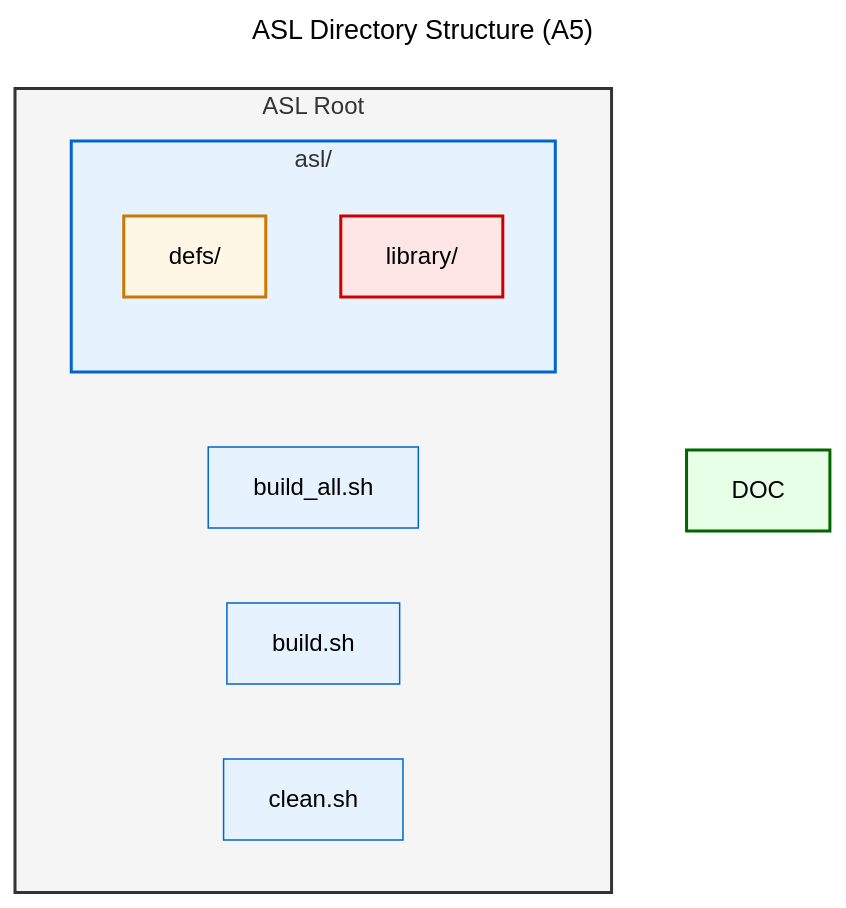
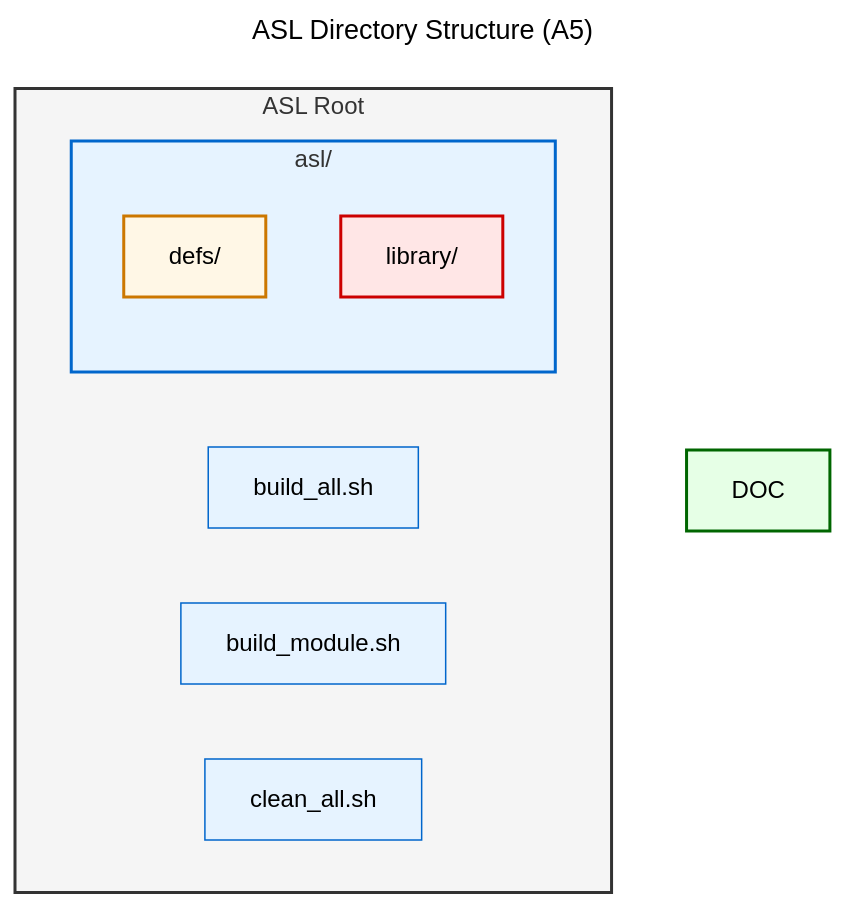
Before and after one commit to ABD-01/quantum-harmony: the first of 3 diagrams in architecture/development_view.md, drawn with Mermaid. The commit also changed other lines of this file and 67 other files, not shown here.

````diff
--- a/architecture/development_view.md
+++ b/architecture/development_view.md
@@ -24,30 +24,30 @@
 ```mermaid
 ---
 title: ASL Directory Structure (A5)
 config:
   theme: base
   themeVariables:
     background: "#ffffff"
     primaryColor: "#e6f3ff"
     primaryTextColor: "#000000"
     primaryBorderColor: "#0066cc"
     lineColor: "#000000"
     secondaryColor: "#f0f0f0"
     tertiaryColor: "#cccccc"
 ---
 graph TD
     subgraph ASL[ASL Root]
         B[build_all.sh]
-        BS[build.sh]
-        C[clean.sh]
+        BS[build_module.sh]
+        C[clean_all.sh]
         subgraph SRC[asl/]
             D[defs/]
             L[library/]
         end
     end
     style ASL fill:#f5f5f5,stroke:#333,stroke-width:2px
     style SRC fill:#e6f3ff,stroke:#0066cc,stroke-width:2px
     style DOC fill:#e6ffe6,stroke:#006600,stroke-width:2px
     style D fill:#fff7e6,stroke:#cc7700,stroke-width:2px
     style L fill:#ffe6e6,stroke:#cc0000,stroke-width:2px
 ```
````
